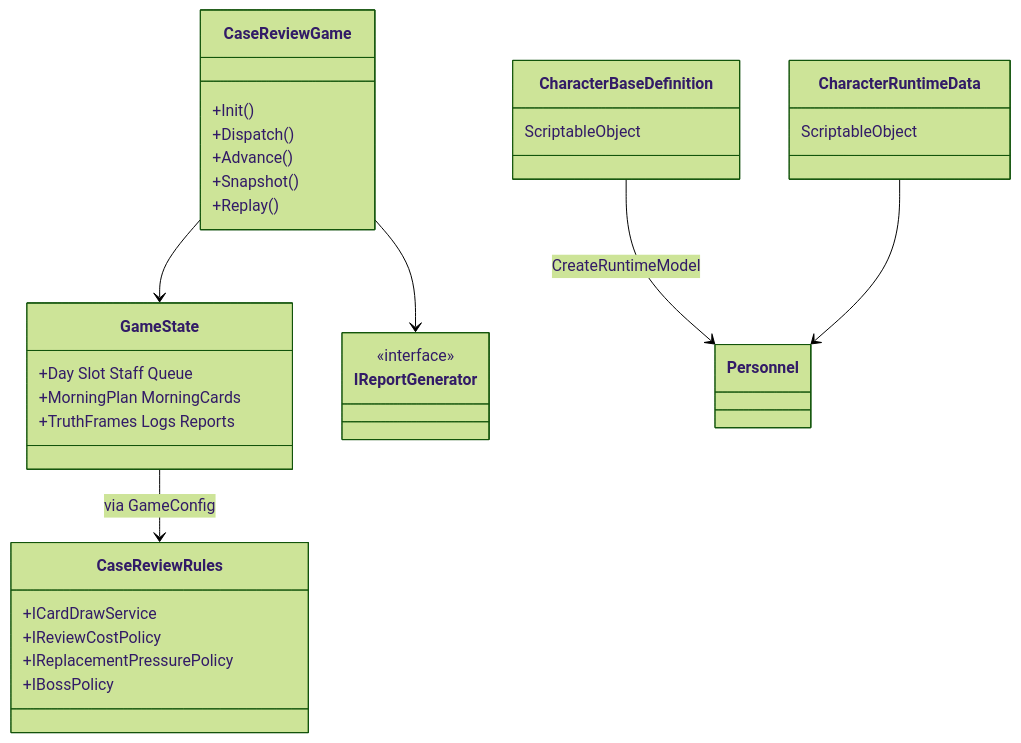
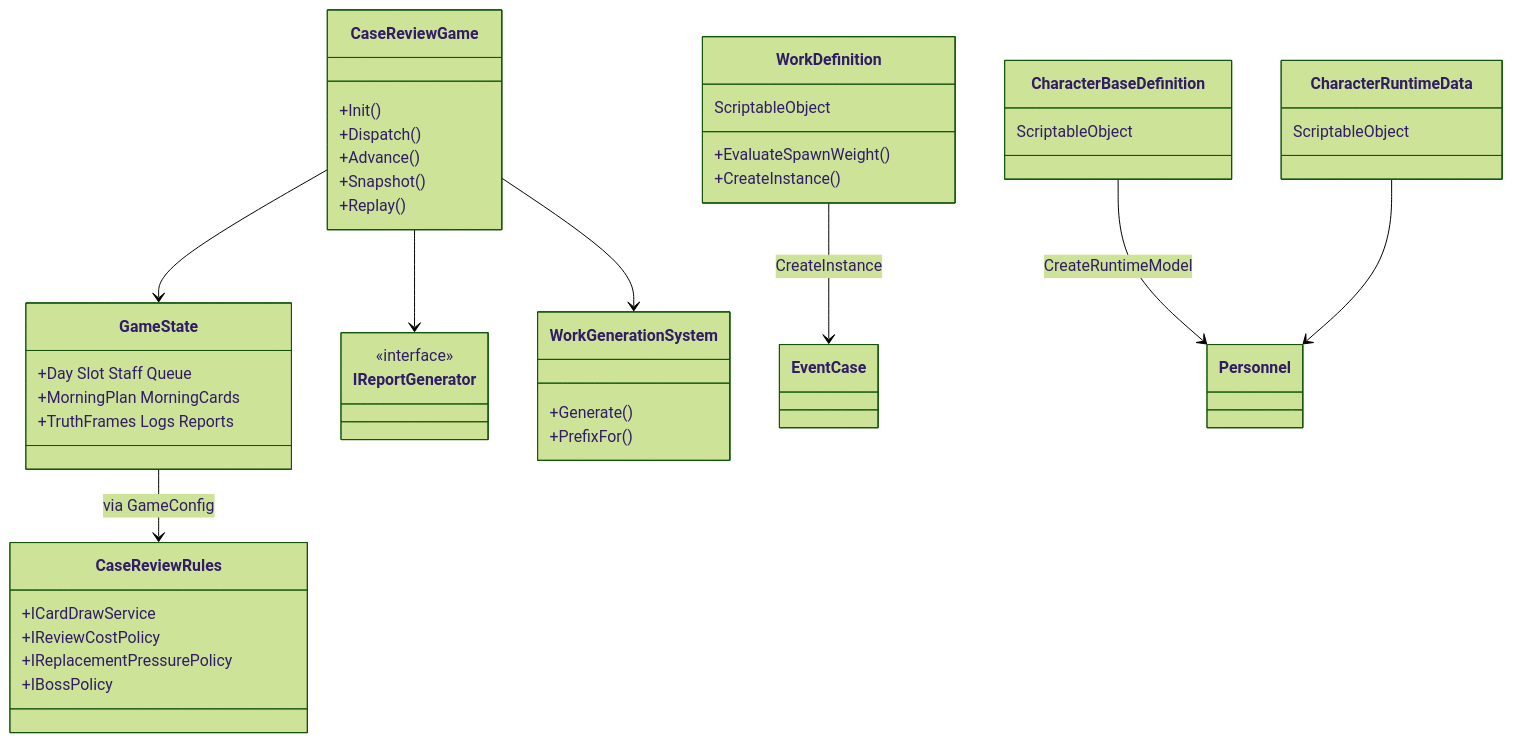
Diagram 11 of 17 in Assets/Specification/Architecture – ProjectW System Overview.md (BaekNothing/ProjectW), drawn with Mermaid (forest theme) before and after one commit. The commit also changed other lines of this file and 8 other files, not shown here.

````diff
--- a/Assets/Specification/Architecture – ProjectW System Overview.md
+++ b/Assets/Specification/Architecture – ProjectW System Overview.md
@@ -320,36 +381,47 @@
 ```mermaid
 classDiagram
   class CaseReviewGame {
     +Init()
     +Dispatch()
     +Advance()
     +Snapshot()
     +Replay()
   }
   class GameState {
     +Day Slot Staff Queue
     +MorningPlan MorningCards
     +TruthFrames Logs Reports
   }
   class CaseReviewRules {
     +ICardDrawService
     +IReviewCostPolicy
     +IReplacementPressurePolicy
     +IBossPolicy
   }
   class IReportGenerator {
     <<interface>>
   }
+  class WorkDefinition {
+    ScriptableObject
+    +EvaluateSpawnWeight()
+    +CreateInstance()
+  }
+  class WorkGenerationSystem {
+    +Generate()
+    +PrefixFor()
+  }
   class CharacterBaseDefinition {
     ScriptableObject
   }
   class CharacterRuntimeData {
     ScriptableObject
   }
 
   CaseReviewGame --> GameState
   GameState --> CaseReviewRules : via GameConfig
   CaseReviewGame --> IReportGenerator
+  CaseReviewGame --> WorkGenerationSystem
+  WorkDefinition --> EventCase : CreateInstance
   CharacterBaseDefinition --> Personnel : CreateRuntimeModel
   CharacterRuntimeData --> Personnel
 ```
````
